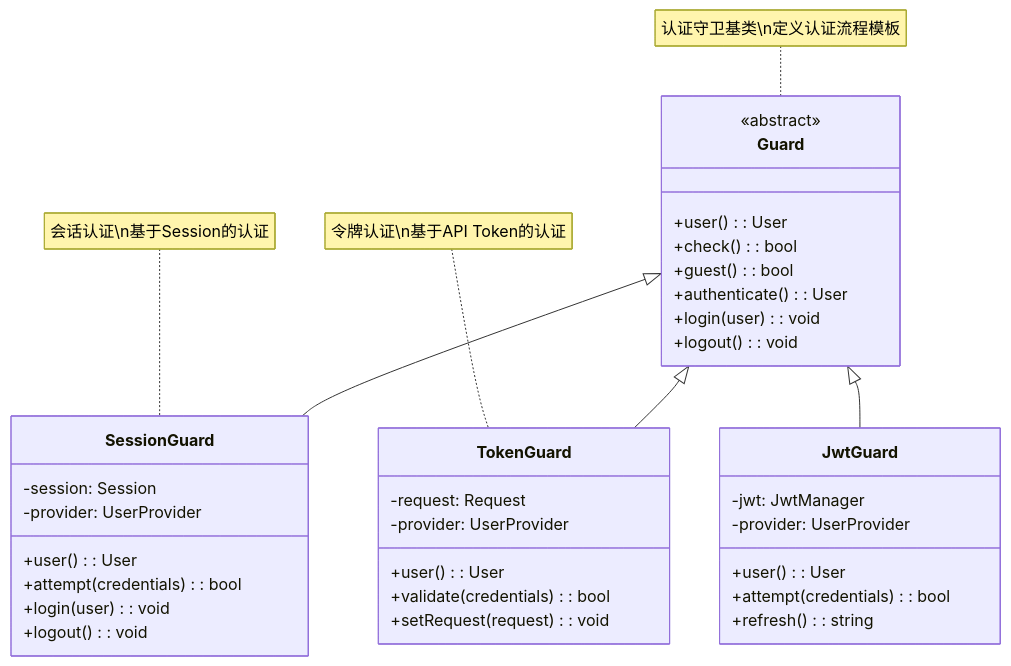
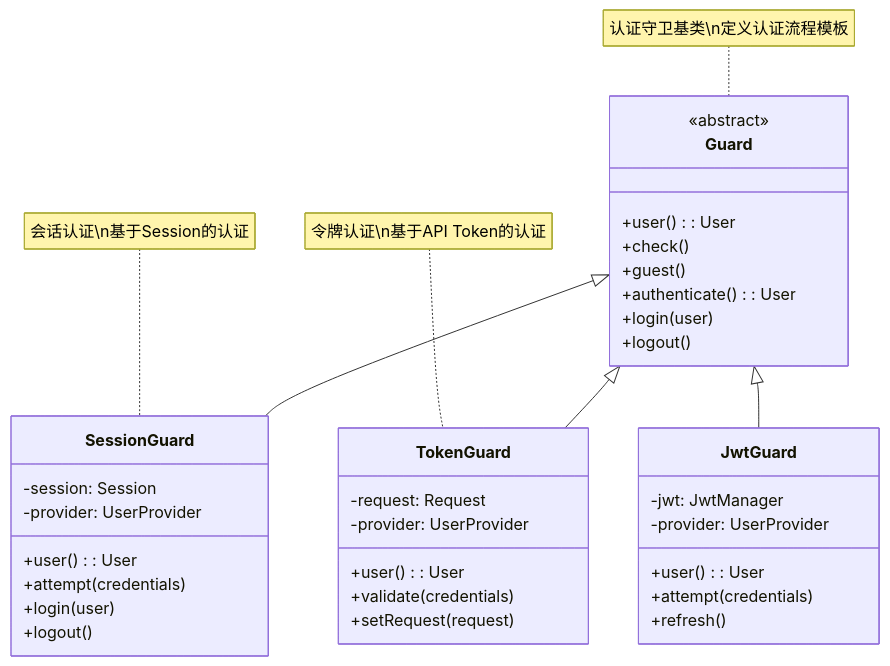
Before and after one commit to fanly/DesignPattern: the fourth of 7 diagrams in resources/design-patterns/laravel/behavioral/template_method_zh.md, drawn with Mermaid. The commit also changed other lines of this file and 103 other files, not shown here.

````diff
--- a/resources/design-patterns/laravel/behavioral/template_method_zh.md
+++ b/resources/design-patterns/laravel/behavioral/template_method_zh.md
@@ -104,45 +104,45 @@
 ```mermaid
 classDiagram
     class Guard {
         <<abstract>>
         +user(): User
-        +check(): bool
-        +guest(): bool
+        +check()
+        +guest()
         +authenticate(): User
-        +login(user): void
-        +logout(): void
+        +login(user)
+        +logout()
     }
     
     class SessionGuard {
         -session: Session
         -provider: UserProvider
         +user(): User
-        +attempt(credentials): bool
-        +login(user): void
-        +logout(): void
+        +attempt(credentials)
+        +login(user)
+        +logout()
     }
     
     class TokenGuard {
         -request: Request
         -provider: UserProvider
         +user(): User
-        +validate(credentials): bool
-        +setRequest(request): void
+        +validate(credentials)
+        +setRequest(request)
     }
     
     class JwtGuard {
         -jwt: JwtManager
         -provider: UserProvider
         +user(): User
-        +attempt(credentials): bool
-        +refresh(): string
+        +attempt(credentials)
+        +refresh()
     }
     
     Guard <|-- SessionGuard
     Guard <|-- TokenGuard
     Guard <|-- JwtGuard
     
     note for Guard "认证守卫基类\n定义认证流程模板"
     note for SessionGuard "会话认证\n基于Session的认证"
     note for TokenGuard "令牌认证\n基于API Token的认证"
 ```
````
